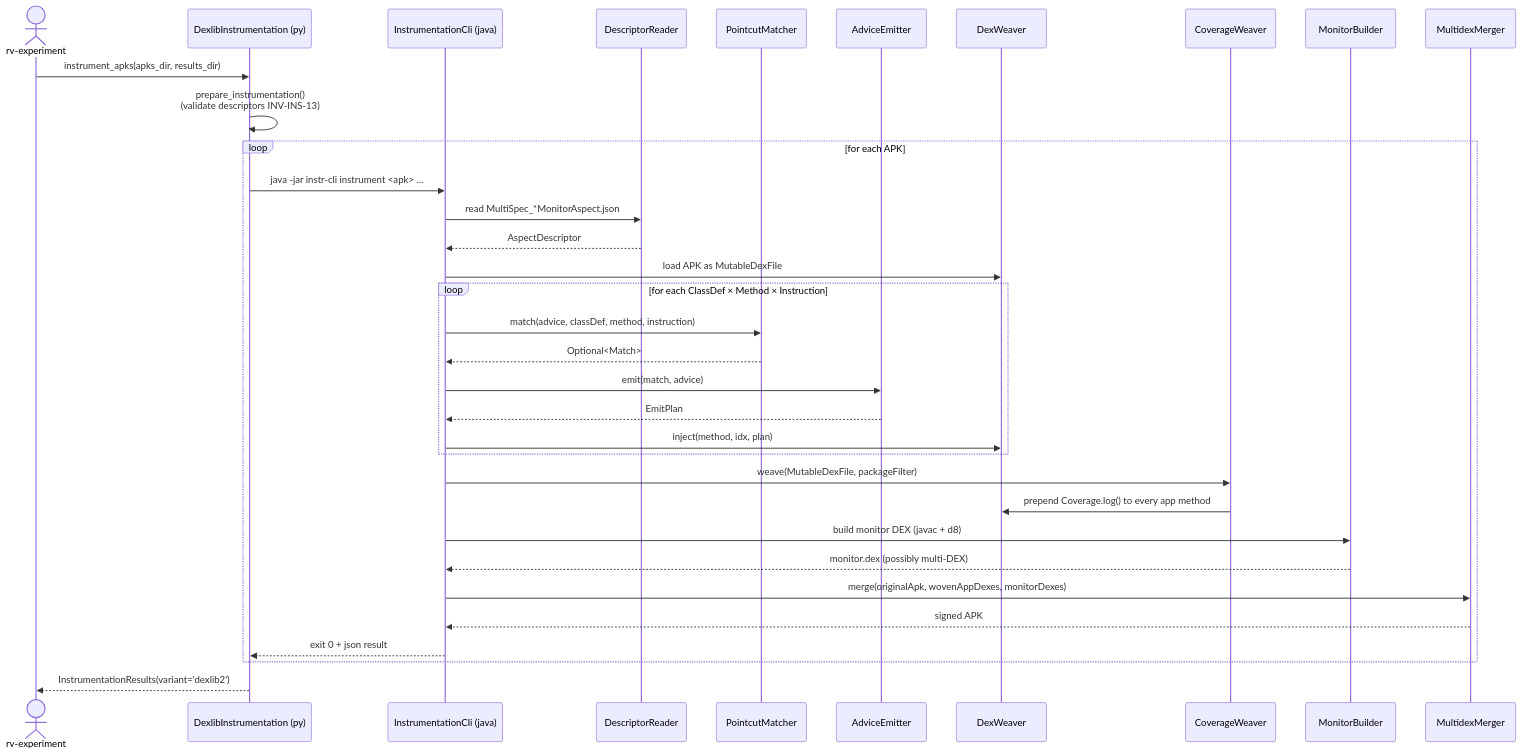
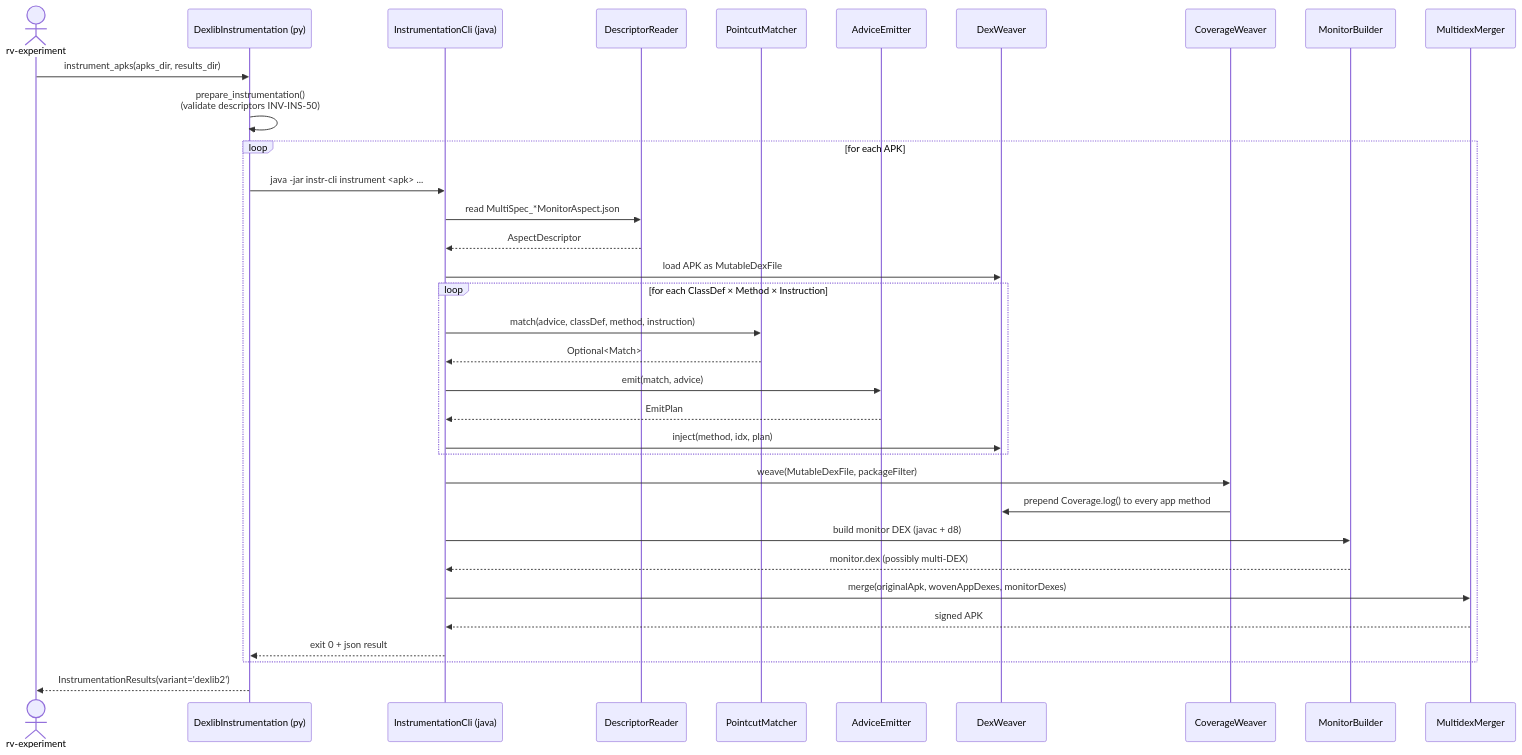
The fourth of 6 diagrams in rv-android/openspec/changes/gh52-instr-dexlib2/design.md (PAMunb/rvsec), drawn with Mermaid before and after one commit. The commit also changed other lines of this file and 43 other files, not shown here.

````diff
--- a/rv-android/openspec/changes/gh52-instr-dexlib2/design.md
+++ b/rv-android/openspec/changes/gh52-instr-dexlib2/design.md
@@ -416,37 +416,37 @@
 ```mermaid
 sequenceDiagram
     actor Exp as rv-experiment
     participant Py as DexlibInstrumentation (py)
     participant Cli as InstrumentationCli (java)
     participant DR as DescriptorReader
     participant PE as PointcutMatcher
     participant AE as AdviceEmitter
     participant DM as DexWeaver
     participant CW as CoverageWeaver
     participant MB as MonitorBuilder
     participant MM as MultidexMerger
 
     Exp->>Py: instrument_apks(apks_dir, results_dir)
-    Py->>Py: prepare_instrumentation()<br/>(validate descriptors INV-INS-13)
+    Py->>Py: prepare_instrumentation()<br/>(validate descriptors INV-INS-50)
     loop for each APK
         Py->>Cli: java -jar instr-cli instrument <apk> ...
         Cli->>DR: read MultiSpec_*MonitorAspect.json
         DR-->>Cli: AspectDescriptor
         Cli->>DM: load APK as MutableDexFile
         loop for each ClassDef × Method × Instruction
             Cli->>PE: match(advice, classDef, method, instruction)
             PE-->>Cli: Optional<Match>
             Cli->>AE: emit(match, advice)
             AE-->>Cli: EmitPlan
             Cli->>DM: inject(method, idx, plan)
         end
         Cli->>CW: weave(MutableDexFile, packageFilter)
         CW->>DM: prepend Coverage.log() to every app method
         Cli->>MB: build monitor DEX (javac + d8)
         MB-->>Cli: monitor.dex (possibly multi-DEX)
         Cli->>MM: merge(originalApk, wovenAppDexes, monitorDexes)
         MM-->>Cli: signed APK
         Cli-->>Py: exit 0 + json result
     end
     Py-->>Exp: InstrumentationResults(variant='dexlib2')
 ```
````
